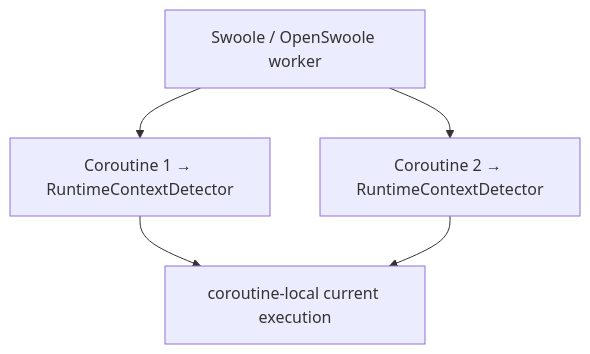
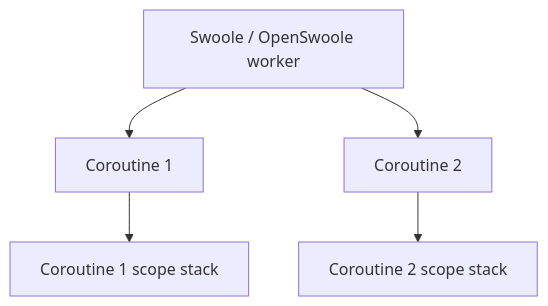
The third of 3 diagrams in docs/architecture/context-propagation.md (it-pack/run-it), drawn with Mermaid before and after one commit. The commit also changed other lines of this file and 14 other files, not shown here.

````diff
--- a/docs/architecture/context-propagation.md
+++ b/docs/architecture/context-propagation.md
@@ -86,7 +85,7 @@
 ```mermaid
 flowchart TD;
-    Worker["Swoole / OpenSwoole worker"] --> C1["Coroutine 1 → RuntimeContextDetector"];
-    Worker --> C2["Coroutine 2 → RuntimeContextDetector"];
-    C1 --> Slot["coroutine-local current execution"];
-    C2 --> Slot;
+    Worker["Swoole / OpenSwoole worker"] --> C1["Coroutine 1"];
+    Worker --> C2["Coroutine 2"];
+    C1 --> Slot1["Coroutine 1 scope stack"];
+    C2 --> Slot2["Coroutine 2 scope stack"];
 ```
````
